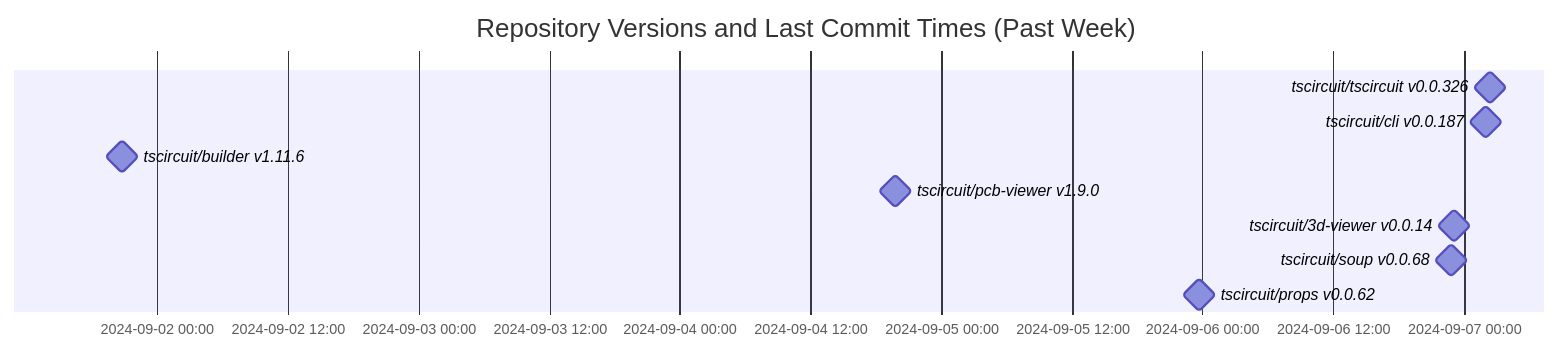
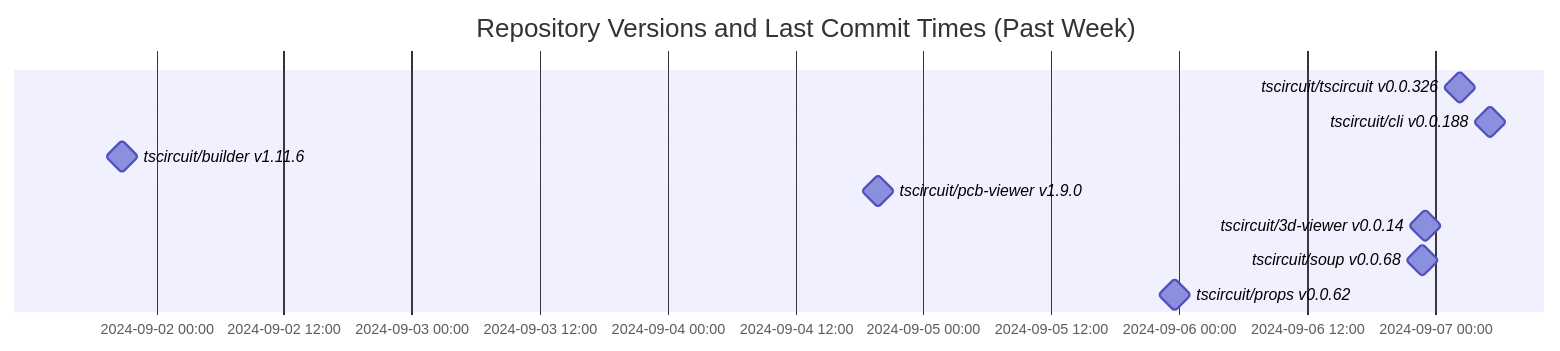
One commit to tscircuit/version-tracker changed the diagram in README.md. Above: the diagram before and after it, drawn with Mermaid.

Commit message:
Update chart

````diff
--- a/README.md
+++ b/README.md
@@ -1,14 +1,14 @@
 ```mermaid
 gantt
   dateFormat  YYYY-MM-DD HH:mm:ss
   title Repository Versions and Last Commit Times (Past Week)
   axisFormat %Y-%m-%d %H:%M
 
   tscircuit/tscircuit v0.0.326 : milestone, 2024-09-07 02:23:49, 1s
-  tscircuit/cli v0.0.187 : milestone, 2024-09-07 01:57:59, 1s
+  tscircuit/cli v0.0.188 : milestone, 2024-09-07 05:11:41, 1s
   tscircuit/builder v1.11.6 : milestone, 2024-09-01 20:47:46, 1s
   tscircuit/pcb-viewer v1.9.0 : milestone, 2024-09-04 19:45:38, 1s
   tscircuit/3d-viewer v0.0.14 : milestone, 2024-09-06 23:07:26, 1s
   tscircuit/soup v0.0.68 : milestone, 2024-09-06 22:51:33, 1s
   tscircuit/props v0.0.62 : milestone, 2024-09-05 23:38:33, 1s
 ```
````
